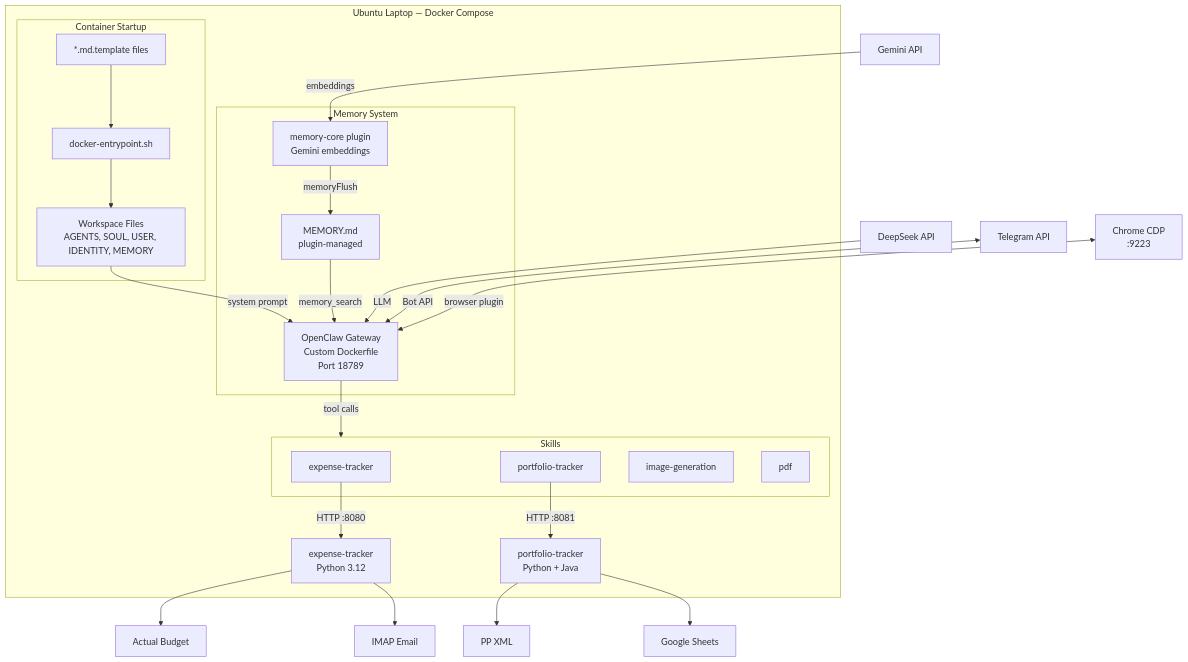
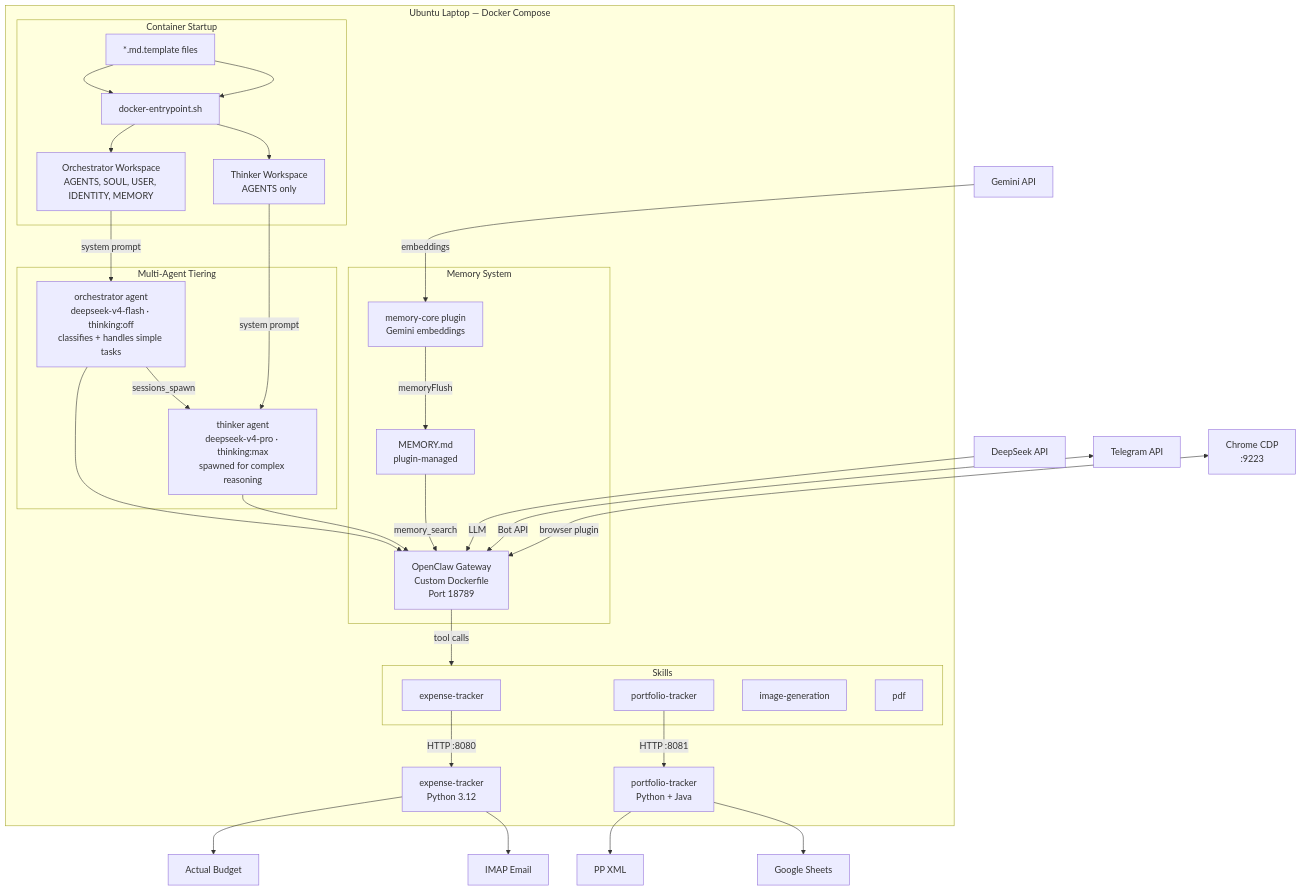
The sixth of 10 diagrams in design.md (darrencjh8/darren-openclaw), drawn with Mermaid before and after one commit. The commit also changed other lines of this file and 28 other files, not shown here.

````diff
--- a/design.md
+++ b/design.md
@@ -604,41 +629,52 @@
 ```mermaid
 graph TB
     subgraph Local["Ubuntu Laptop — Docker Compose"]
         subgraph Startup["Container Startup"]
             TPL["*.md.template files"]
             ENT["docker-entrypoint.sh"]
-            WS["Workspace Files<br/>AGENTS, SOUL, USER, IDENTITY, MEMORY"]
+            WS["Orchestrator Workspace<br/>AGENTS, SOUL, USER, IDENTITY, MEMORY"]
+            TWS["Thinker Workspace<br/>AGENTS only"]
             TPL --> ENT --> WS
+            TPL --> ENT --> TWS
+        end
+
+        subgraph Agents["Multi-Agent Tiering"]
+            ORCH["orchestrator agent<br/>deepseek-v4-flash · thinking:off<br/>classifies + handles simple tasks"]
+            THINK["thinker agent<br/>deepseek-v4-pro · thinking:max<br/>spawned for complex reasoning"]
+            ORCH -->|"sessions_spawn"| THINK
         end
 
         GW["OpenClaw Gateway<br/>Custom Dockerfile<br/>Port 18789"]
-        WS -->|"system prompt"| GW
+        WS -->|"system prompt"| ORCH
+        TWS -->|"system prompt"| THINK
+        ORCH --> GW
+        THINK --> GW
 
         subgraph Memory["Memory System"]
             MC["memory-core plugin<br/>Gemini embeddings"]
             MEM["MEMORY.md<br/>plugin-managed"]
             MC -->|"memoryFlush"| MEM
             MEM -->|"memory_search"| GW
         end
 
         subgraph Skills["Skills"]
             EXP["expense-tracker"]
             POR["portfolio-tracker"]
             IMG["image-generation"]
             PDF["pdf"]
         end
 
         GW -->|"tool calls"| Skills
         EXP -->|"HTTP :8080"| ET["expense-tracker<br/>Python 3.12"]
         POR -->|"HTTP :8081"| PT["portfolio-tracker<br/>Python + Java"]
     end
 
     DS["DeepSeek API"] -->|"LLM"| GW
     GM["Gemini API"] -->|"embeddings"| MC
     TG["Telegram API"] <-->|"Bot API"| GW
     CH["Chrome CDP<br/>:9223"] <-->|"browser plugin"| GW
     ET --> AB["Actual Budget"]
     ET --> Email["IMAP Email"]
     PT --> PP["PP XML"]
     PT --> GS["Google Sheets"]
 ```
````
